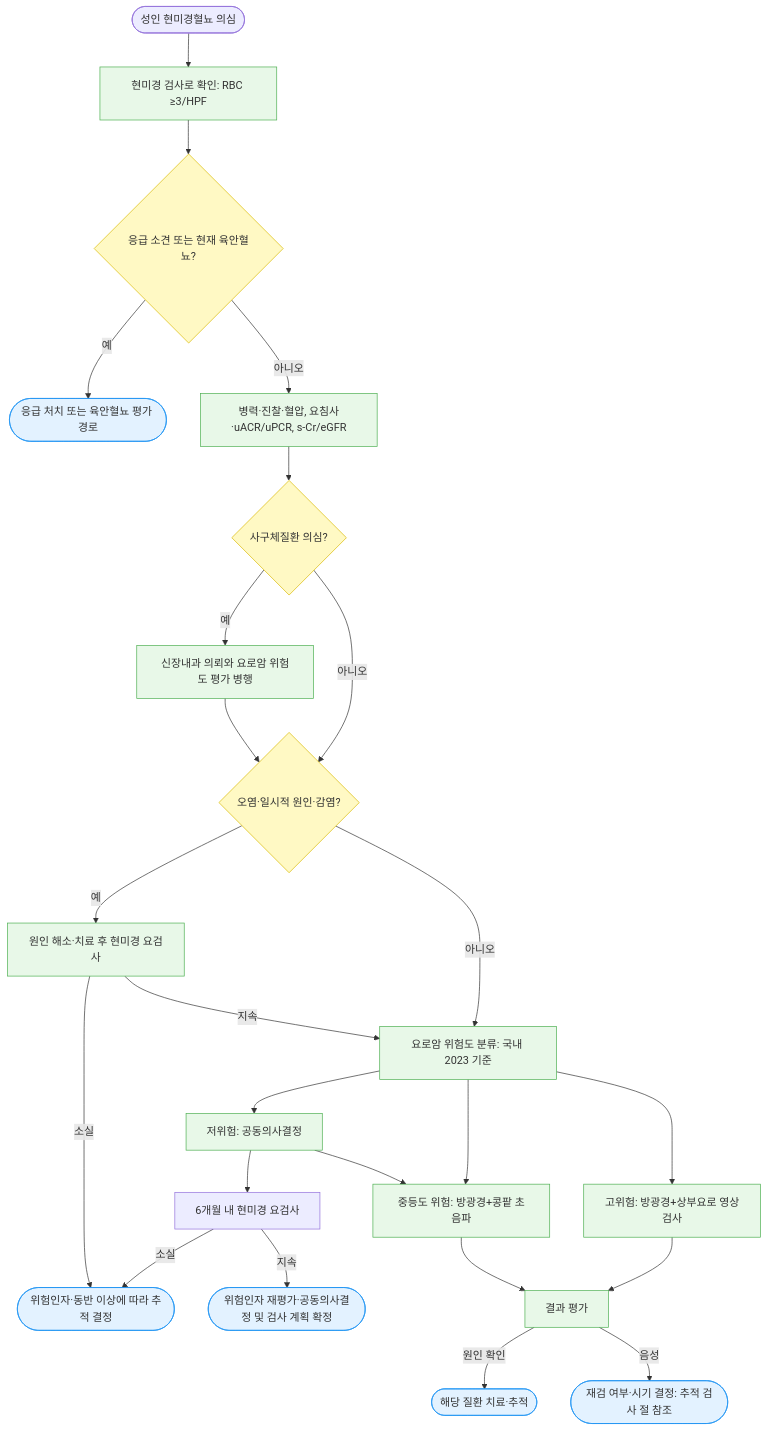
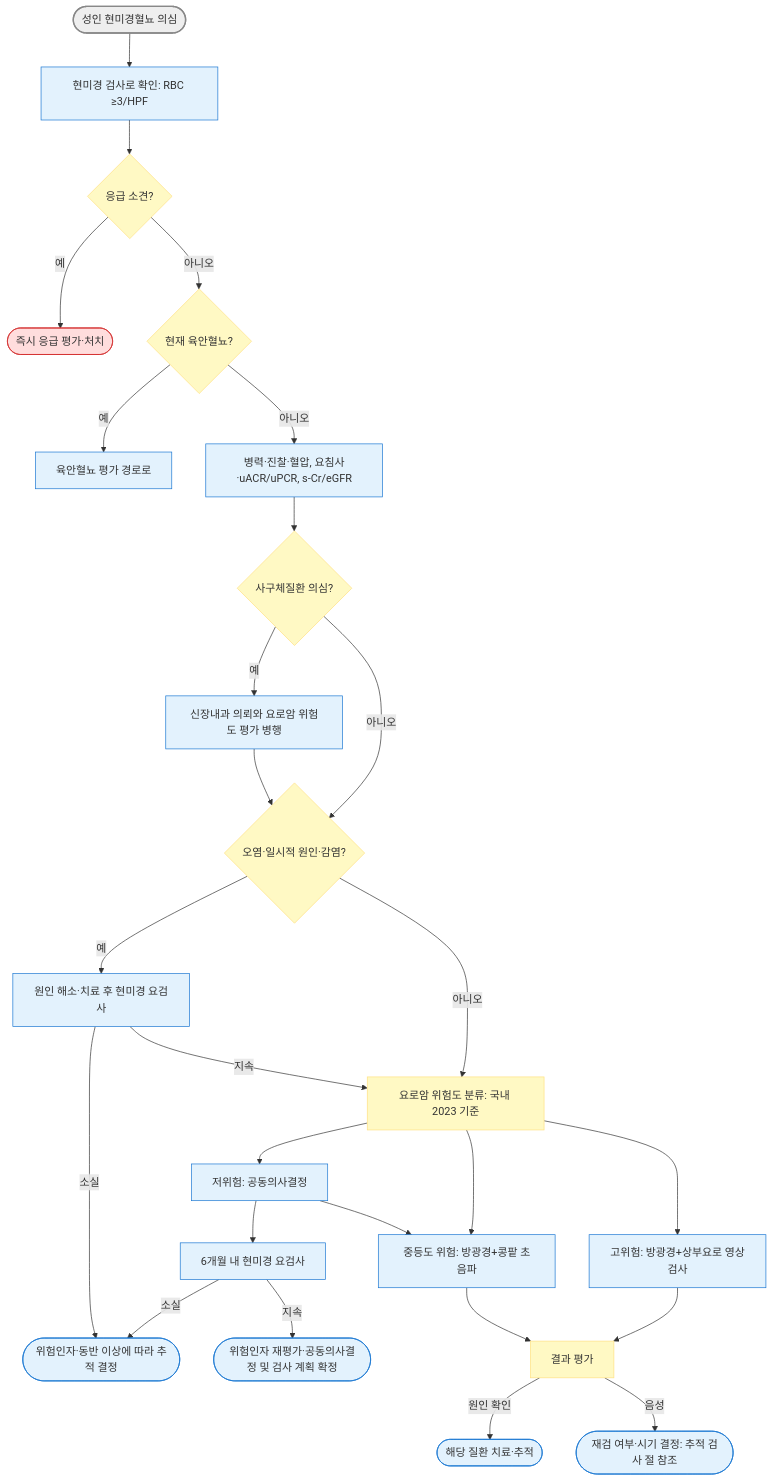
The diagram in 227_/110_-hematuria.md (familyoh77/familyoh77), drawn with Mermaid before and after one commit. The commit also changed other lines of this file and 10 other files, not shown here.

````diff
--- a/227_/110_-hematuria.md
+++ b/227_/110_-hematuria.md
@@ -177,32 +177,39 @@
 ```mermaid
 flowchart TD
     A(["성인 현미경혈뇨 의심"]) --> B["현미경 검사로 확인: RBC ≥3/HPF"]
-    B --> C{"응급 소견 또는 현재 육안혈뇨?"}
-    C -->|예| X(["응급 처치 또는 육안혈뇨 평가 경로"])
-    C -->|아니오| D["병력·진찰·혈압, 요침사·uACR/uPCR, s-Cr/eGFR"]
+    B --> C{"응급 소견?"}
+    C -- "예" --> X(["즉시 응급 평가·처치"])
+    C -- "아니오" --> G{"현재 육안혈뇨?"}
+    G -- "예" --> GX["육안혈뇨 평가 경로로"]
+    G -- "아니오" --> D["병력·진찰·혈압, 요침사·uACR/uPCR, s-Cr/eGFR"]
     D --> R{"사구체질환 의심?"}
-    R -->|예| N["신장내과 의뢰와 요로암 위험도 평가 병행"]
-    R -->|아니오| T{"오염·일시적 원인·감염?"}
+    R -- "예" --> N["신장내과 의뢰와 요로암 위험도 평가 병행"]
+    R -- "아니오" --> T{"오염·일시적 원인·감염?"}
     N --> T
-    T -->|예| U["원인 해소·치료 후 현미경 요검사"]
-    U -->|소실| Z(["위험인자·동반 이상에 따라 추적 결정"])
-    U -->|지속| V["요로암 위험도 분류: 국내 2023 기준"]
-    T -->|아니오| V
+    T -- "예" --> U["원인 해소·치료 후 현미경 요검사"]
+    U -- "소실" --> Z(["위험인자·동반 이상에 따라 추적 결정"])
+    U -- "지속" --> V["요로암 위험도 분류: 국내 2023 기준"]
+    T -- "아니오" --> V
     V --> L["저위험: 공동의사결정"]
     V --> M["중등도 위험: 방광경+콩팥 초음파"]
     V --> H["고위험: 방광경+상부요로 영상검사"]
     L --> L1["6개월 내 현미경 요검사"]
     L --> M
-    L1 -->|소실| Z
-    L1 -->|지속| P(["위험인자 재평가·공동의사결정 및 검사 계획 확정"])
+    L1 -- "소실" --> Z
+    L1 -- "지속" --> P(["위험인자 재평가·공동의사결정 및 검사 계획 확정"])
     M --> F["결과 평가"]
     H --> F
-    F -->|원인 확인| W(["해당 질환 치료·추적"])
-    F -->|음성| Q(["재검 여부·시기 결정: 추적 검사 절 참조"])
-    classDef assess fill:#e8f8e8,stroke:#4caf50
-    classDef decision fill:#fff9c4,stroke:#d9b800
-    classDef endNode fill:#e3f2ff,stroke:#2196f3
+    F -- "원인 확인" --> W(["해당 질환 치료·추적"])
+    F -- "음성" --> Q(["재검 여부·시기 결정: 추적 검사 절 참조"])
+    classDef start fill:#eeeeee,stroke:#888888,stroke-width:2px
+    classDef emergency fill:#ffdddd,stroke:#d32f2f
+    classDef assess fill:#e3f2fd,stroke:#1976d2
+    classDef decision fill:#fff9c4,stroke:#ffe082
+    classDef endNode fill:#e3f2fd,stroke:#1976d2
     class B,D,N,U,V,L,M,H,F assess
-    class C,R,T decision
-    class X,Z,P,W,Q endNode
+    class A start
+    class X emergency
+    class C,G,R,T,V,F decision
+    class GX,Z,P,W,Q endNode
+    class L1 assess
 ```
````
